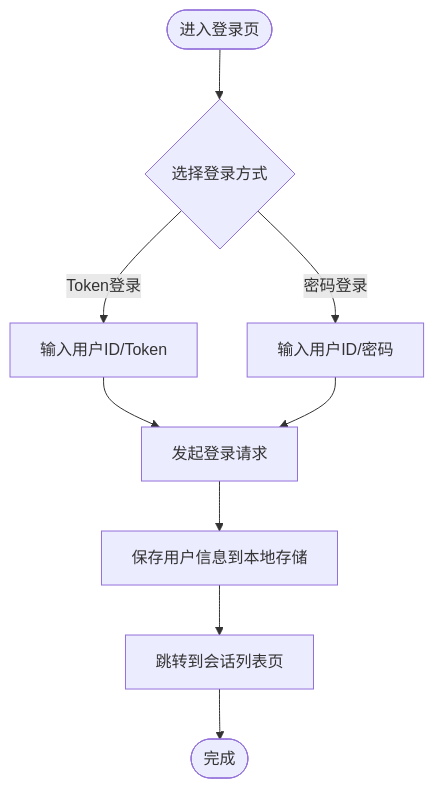
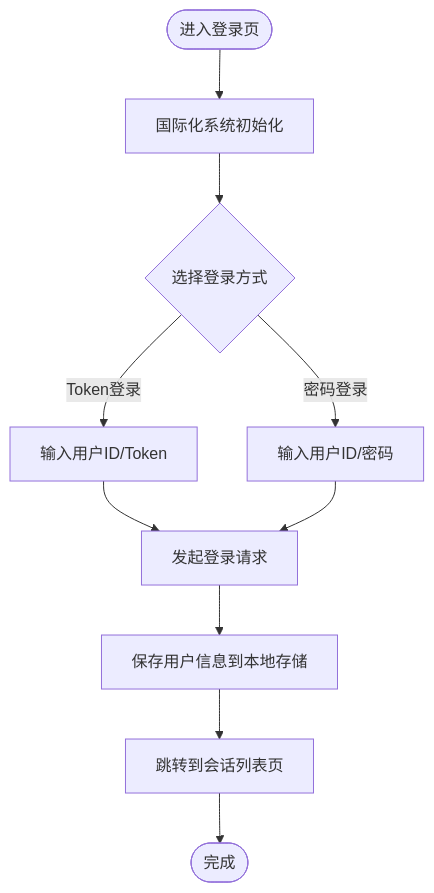
One commit to Easemob-Community/easemob-uikit-uniapp-community changed the third of 14 diagrams in .qoder/repowiki/zh/content/示例应用/示例应用.md. Above: the diagram before and after it, drawn with Mermaid. The commit also changed other lines of this file and 5 other files, not shown here.

````diff
--- a/.qoder/repowiki/zh/content/示例应用/示例应用.md
+++ b/.qoder/repowiki/zh/content/示例应用/示例应用.md
@@ -263,11 +278,12 @@
 ```mermaid
 flowchart TD
-Start(["进入登录页"]) --> Mode{"选择登录方式"}
+Start(["进入登录页"]) --> InitI18n["国际化系统初始化"]
+InitI18n --> Mode{"选择登录方式"}
 Mode --> |Token登录| InputToken["输入用户ID/Token"]
 Mode --> |密码登录| InputPwd["输入用户ID/密码"]
 InputToken --> LoginReq["发起登录请求"]
 InputPwd --> LoginReq
 LoginReq --> Save["保存用户信息到本地存储"]
 Save --> Jump["跳转到会话列表页"]
 Jump --> End(["完成"])
 ```
````
